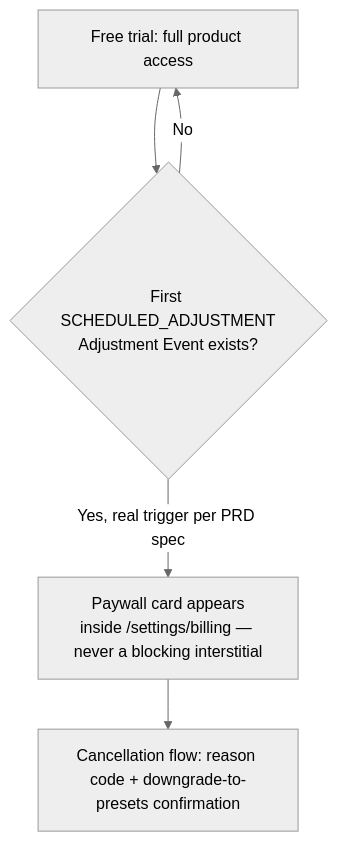
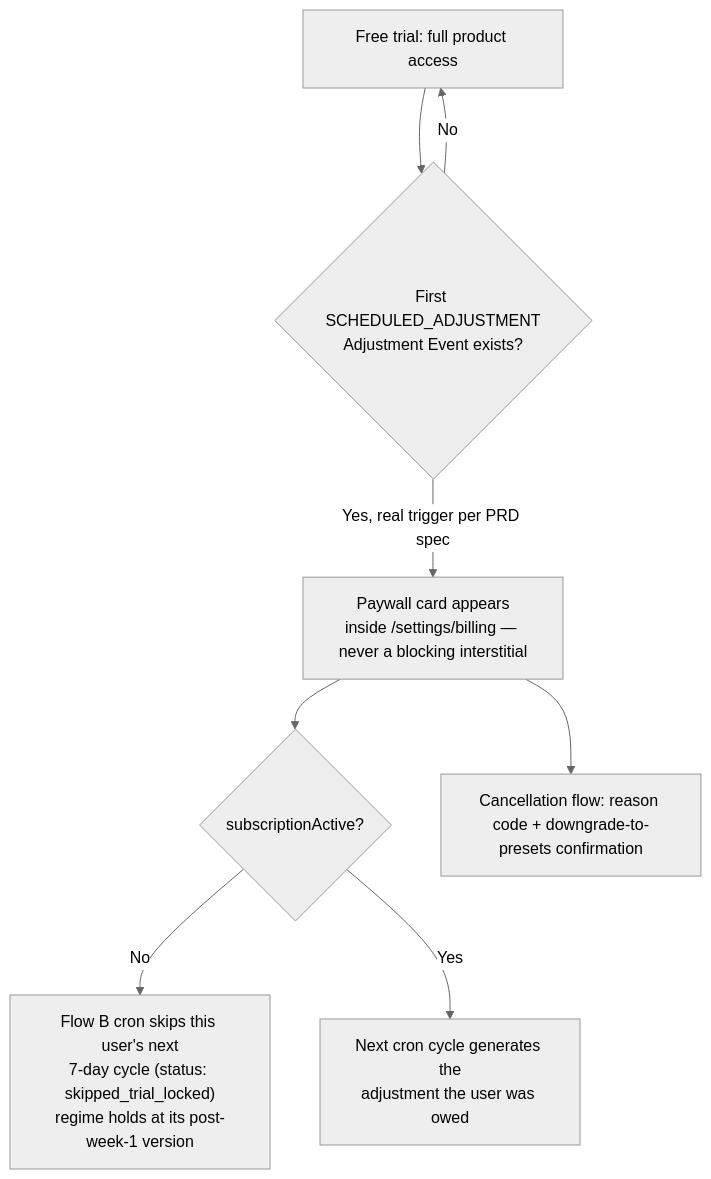
Before and after one commit to ShahidHKhan/Rebound.ai: the fifth of 5 diagrams in documents/USERFLOW.md, drawn with Mermaid (neutral theme). The commit also changed other lines of this file and 6 other files, not shown here.

Commit message:
feat: implement subscriptionActive field and update Flow B logic for trial adjustments

````diff
--- a/documents/USERFLOW.md
+++ b/documents/USERFLOW.md
@@ -106,7 +106,10 @@
 ```mermaid
 flowchart TD
     A[Free trial: full product access] --> B{First SCHEDULED_ADJUSTMENT\nAdjustment Event exists?}
     B -->|No| A
     B -->|Yes, real trigger per PRD spec| C["Paywall card appears\ninside /settings/billing — never a blocking interstitial"]
-    C --> D[Cancellation flow: reason code + downgrade-to-presets confirmation]
+    C --> D{subscriptionActive?}
+    D -->|No| E["Flow B cron skips this user's next\n7-day cycle (status: skipped_trial_locked)\nregime holds at its post-week-1 version"]
+    D -->|Yes| F[Next cron cycle generates the\nadjustment the user was owed]
+    C --> G[Cancellation flow: reason code + downgrade-to-presets confirmation]
 ```
````
